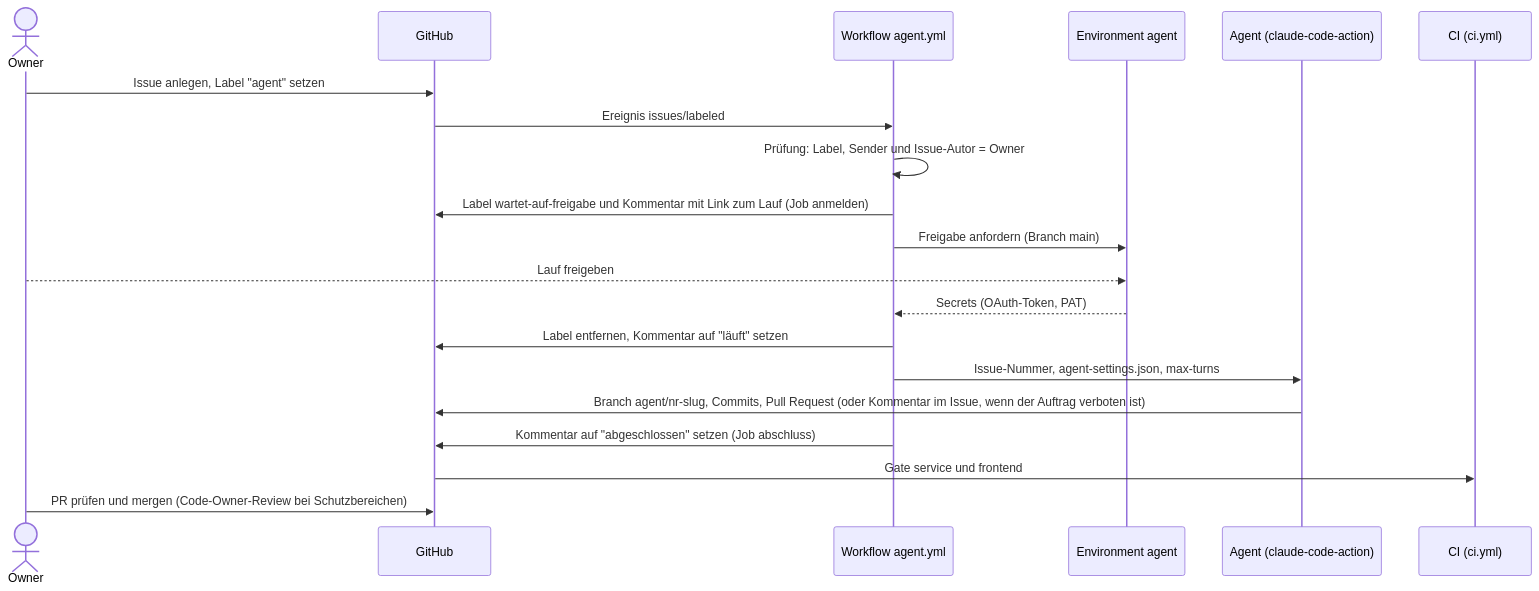
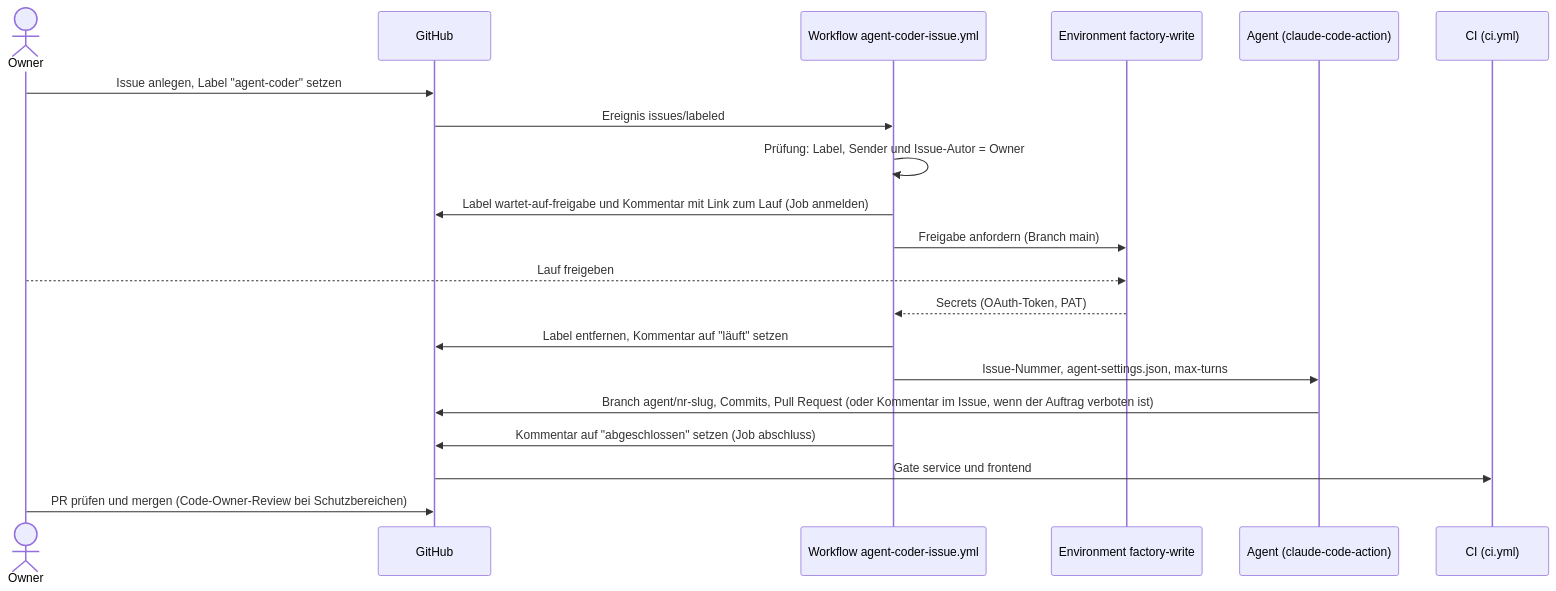
The fourth of 5 diagrams in docs/architecture.md (juheba/sw-factory-tryout), drawn with Mermaid before and after one commit. The commit also changed other lines of this file and 8 other files, not shown here.

First line of the commit message:
feat: Namensumstellung: factory-write, agent-coder, /code, neue Dateinamen (#161)

````diff
--- a/docs/architecture.md
+++ b/docs/architecture.md
@@ -75,22 +75,22 @@
 ```mermaid
 sequenceDiagram
     actor O as Owner
     participant GH as GitHub
-    participant WF as Workflow agent.yml
-    participant Env as Environment agent
+    participant WF as Workflow agent-coder-issue.yml
+    participant Env as Environment factory-write
     participant A as Agent (claude-code-action)
     participant CI as CI (ci.yml)
-    O->>GH: Issue anlegen, Label "agent" setzen
+    O->>GH: Issue anlegen, Label "agent-coder" setzen
     GH->>WF: Ereignis issues/labeled
     WF->>WF: Prüfung: Label, Sender und Issue-Autor = Owner
     WF->>GH: Label wartet-auf-freigabe und Kommentar mit Link zum Lauf (Job anmelden)
     WF->>Env: Freigabe anfordern (Branch main)
     O-->>Env: Lauf freigeben
     Env-->>WF: Secrets (OAuth-Token, PAT)
     WF->>GH: Label entfernen, Kommentar auf "läuft" setzen
     WF->>A: Issue-Nummer, agent-settings.json, max-turns
     A->>GH: Branch agent/nr-slug, Commits, Pull Request (oder Kommentar im Issue, wenn der Auftrag verboten ist)
     WF->>GH: Kommentar auf "abgeschlossen" setzen (Job abschluss)
     GH->>CI: Gate service und frontend
     O->>GH: PR prüfen und mergen (Code-Owner-Review bei Schutzbereichen)
 ```
````
